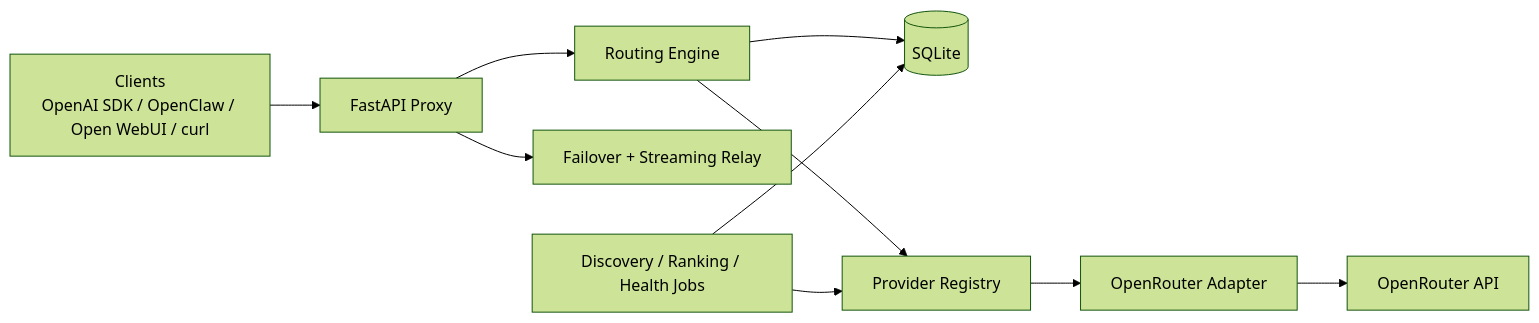
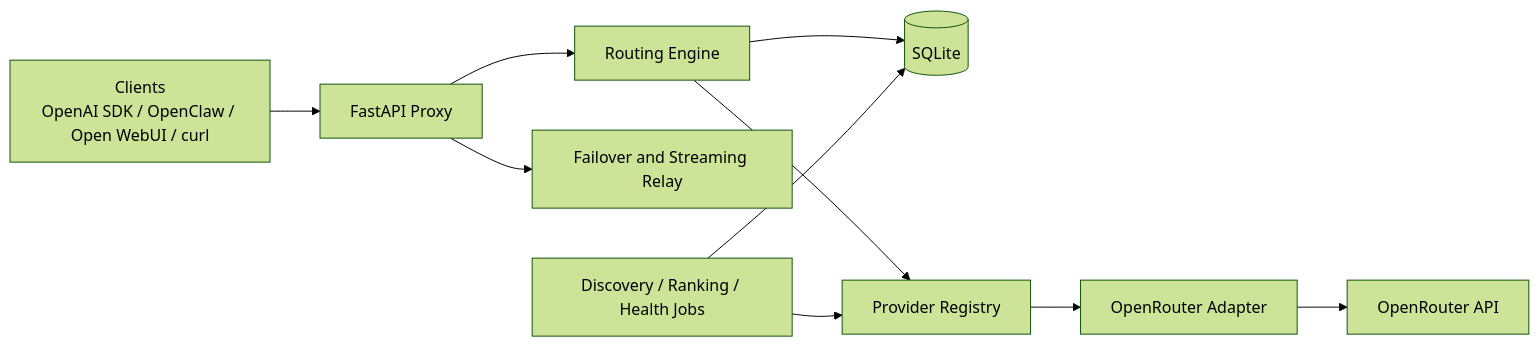
The diagram in README.md (jetymas/FreeLunch), drawn with Mermaid (forest theme) before and after one commit.

Commit message:
Update architecture diagram in README.md

````diff
--- a/README.md
+++ b/README.md
@@ -53,12 +53,12 @@
 ```mermaid
 flowchart LR
-    A[Clients\nOpenAI SDK / OpenClaw / Open WebUI / curl] --> B[FastAPI Proxy]
-    B --> C[Routing Engine]
-    C --> D[(SQLite)]
-    C --> E[Provider Registry]
-    E --> F[OpenRouter Adapter]
-    B --> G[Failover + Streaming Relay]
-    F --> H[OpenRouter API]
-    I[Discovery / Ranking / Health Jobs] --> D
-    I --> E
+    Clients["Clients<br/>OpenAI SDK / OpenClaw / Open WebUI / curl"] --> Proxy["FastAPI Proxy"]
+    Proxy --> Routing["Routing Engine"]
+    Routing --> DB[("SQLite")]
+    Routing --> Registry["Provider Registry"]
+    Registry --> OpenRouter["OpenRouter Adapter"]
+    Proxy --> Relay["Failover and Streaming Relay"]
+    OpenRouter --> API["OpenRouter API"]
+    Jobs["Discovery / Ranking / Health Jobs"] --> DB
+    Jobs --> Registry
 ```
````
